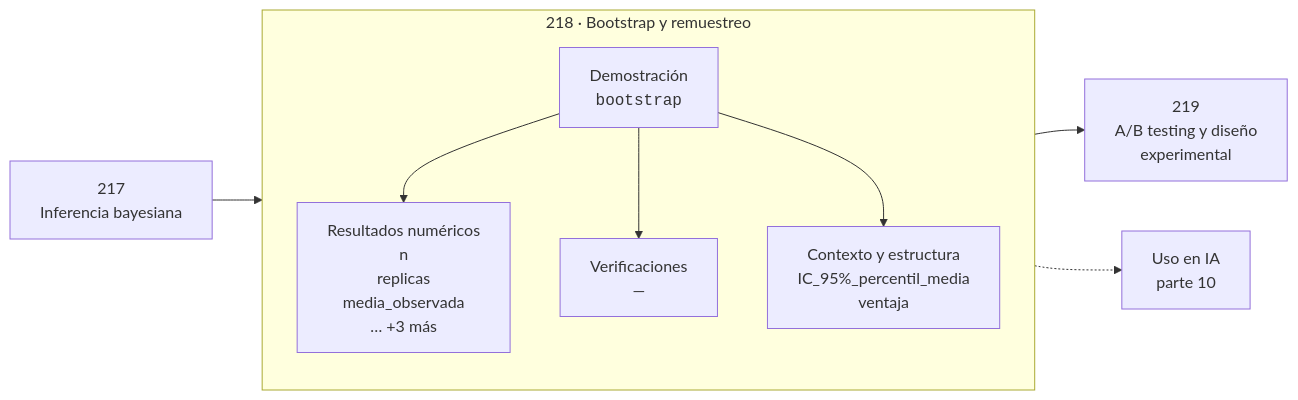
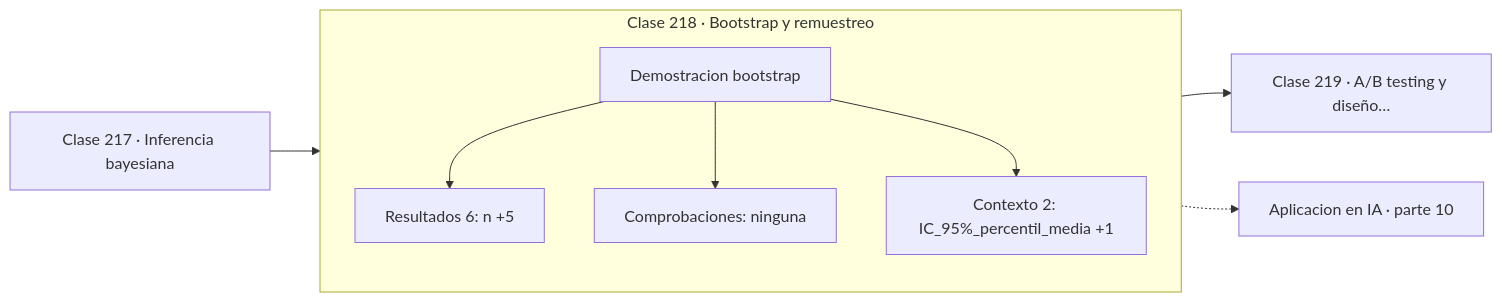
Before and after one commit to vladimiracunadev-create/computational-mathematics-program: the diagram in classes/part-10-estadistica-e-inferencia/218-bootstrap-y-remuestreo/README.md, drawn with Mermaid. The commit also changed 389 other files, not shown here.

First line of the commit message:
fix(diagramas): elimina el HTML de las etiquetas Mermaid

````diff
--- a/classes/part-10-estadistica-e-inferencia/218-bootstrap-y-remuestreo/README.md
+++ b/classes/part-10-estadistica-e-inferencia/218-bootstrap-y-remuestreo/README.md
@@ -30,12 +30,13 @@
 ```mermaid
 flowchart LR
-    P["217<br/>Inferencia bayesiana"] --> C
-    subgraph C["218 · Bootstrap y remuestreo"]
+    P["Clase 217 · Inferencia bayesiana"] --> D
+    subgraph CLASE["Clase 218 · Bootstrap y remuestreo"]
         direction TB
-        D["Demostración<br/><code>bootstrap</code>"] --> R["Resultados numéricos<br/>n<br/>replicas<br/>media_observada<br/>… +3 más"]
-        D --> V["Verificaciones<br/>—"]
-        D --> O["Contexto y estructura<br/>IC_95%_percentil_media<br/>ventaja"]
+        D["Demostracion bootstrap"]
+        D --> R["Resultados 6: n +5"]
+        D --> V["Comprobaciones: ninguna"]
+        D --> O["Contexto 2: IC_95%_percentil_media +1"]
     end
-    C --> N["219<br/>A/B testing y diseño<br/>experimental"]
-    C -.-> IA["Uso en IA<br/>parte 10"]
+    R --> N["Clase 219 · A/B testing y diseño…"]
+    V -.-> IA["Aplicacion en IA · parte 10"]
 ```
````
